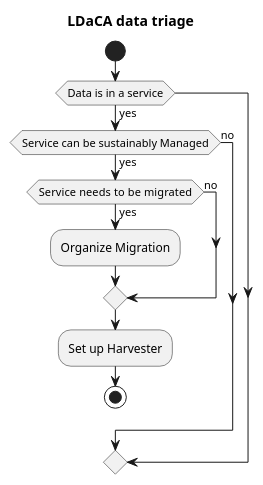
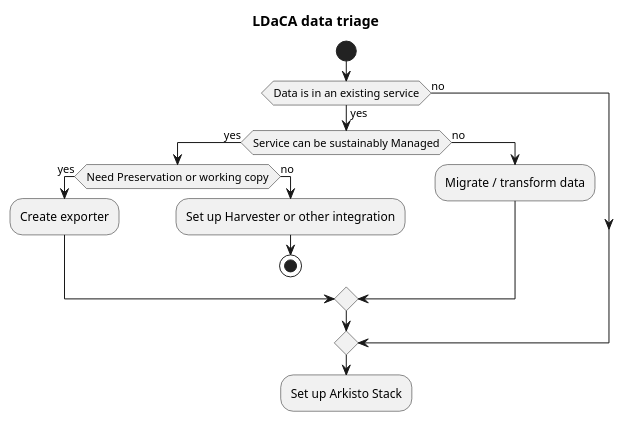
Before and after one commit to Language-Research-Technology/plantuml-diagrams: the diagram in ldaca/ldaca_ldaca-data-triangle.puml, drawn with PlantUML. The commit also changed 30 other files, not shown here.

```diff
--- a/ldaca/ldaca_ldaca-data-triangle.puml
+++ b/ldaca/ldaca_ldaca-data-triangle.puml
@@ -2,20 +2,23 @@
 @startuml
 title: LDaCA data triage
 start
 
-if (Data is in a service) then (yes)
+if (Data is in an existing service) then (yes)
  
   if (Service can be sustainably Managed) then (yes)
-   
-         if (Service needs to  be migrated) then (yes)
-            :Organize Migration;
-         else (no)
-         endif
-         :Set up Harvester;
-         stop
-  else (no)
+    if (Need Preservation or working copy) then (yes)
+      :Create exporter;
+    else (no)
+      :Set up Harvester or other integration;
+       stop
+    endif
+  else (no)            
+      :Migrate / transform data;
+  endif
        
-  endif
-    
+ 
+else (no)
 endif
+
+:Set up Arkisto Stack;
 @enduml
```
